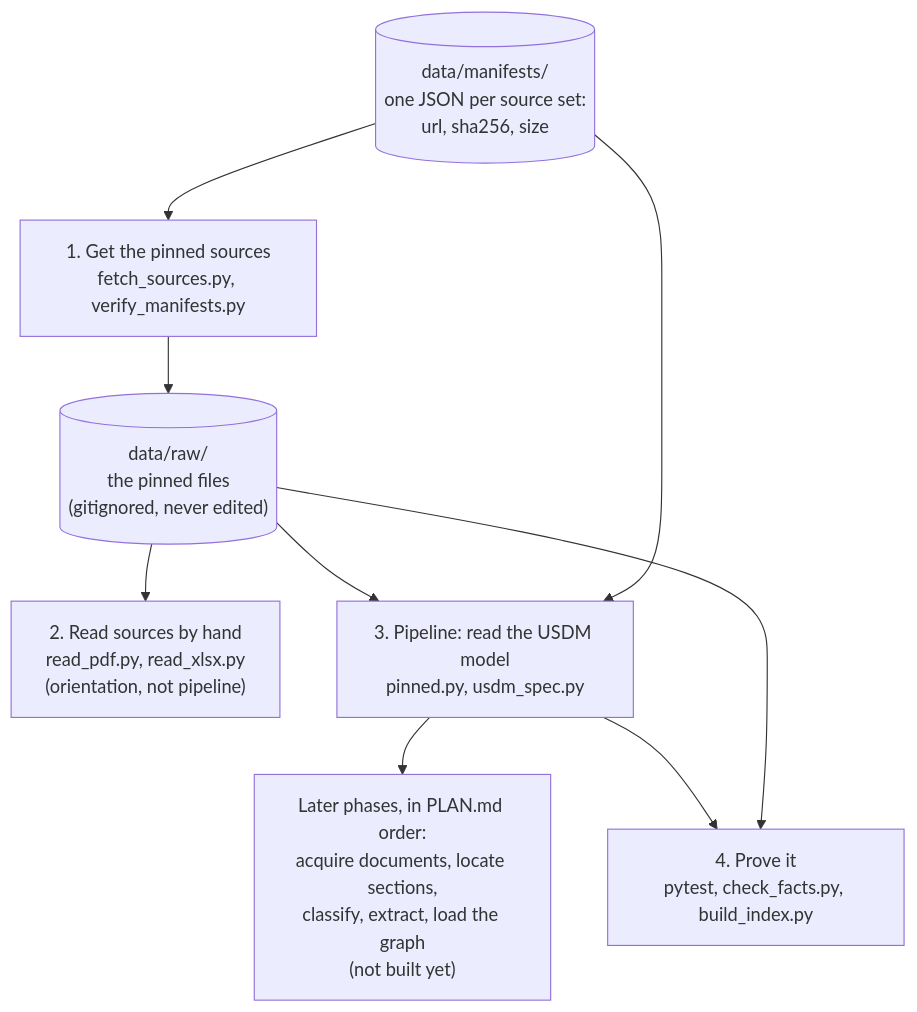
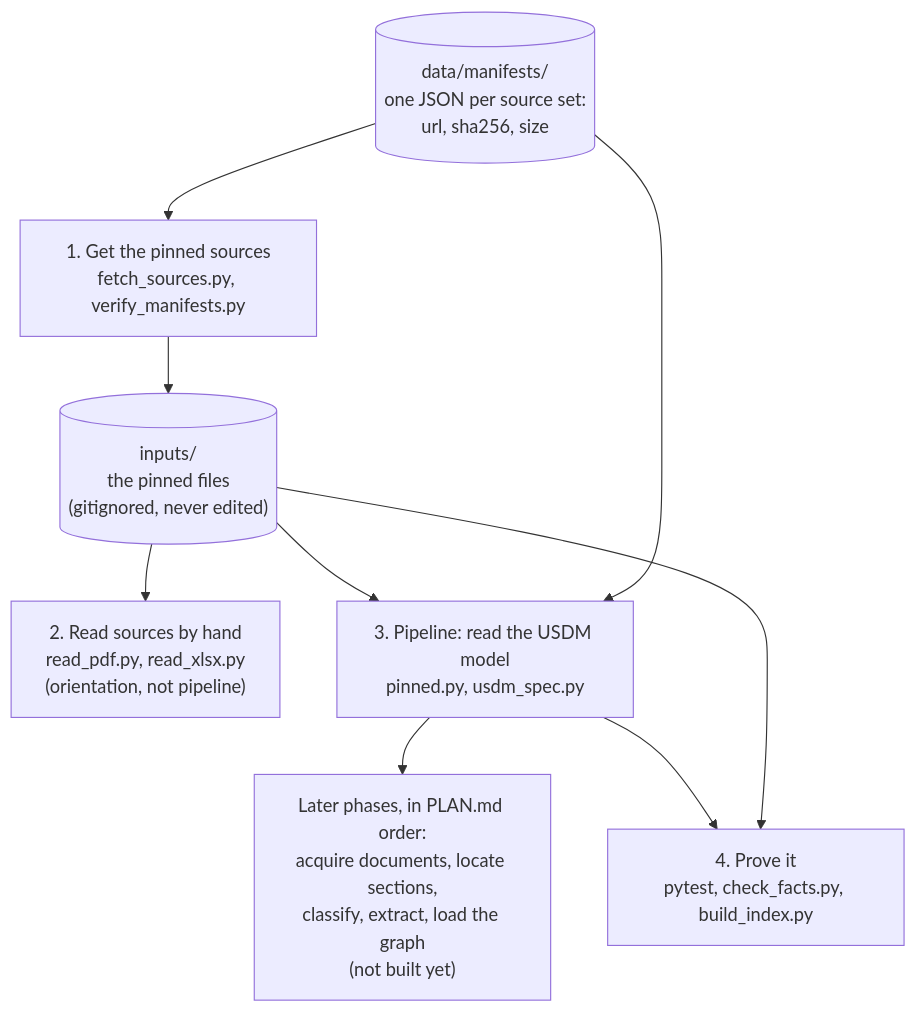
One commit to delos001/study-definition-graph changed the first of 4 diagrams in docs/workflow_map.md. Above: the diagram before and after it, drawn with Mermaid. The commit also changed other lines of this file and 42 other files, not shown here.

First line of the commit message:
git add -A git commit -m 'Everything pinned lives under inputs/; data/ holds only pipeline output

````diff
--- a/docs/workflow_map.md
+++ b/docs/workflow_map.md
@@ -7,20 +7,20 @@
 ```mermaid
 flowchart TD
     manifests[("data/manifests/<br/>one JSON per source set:<br/>url, sha256, size")]
-    raw[("data/raw/<br/>the pinned files<br/>(gitignored, never edited)")]
+    raw[("inputs/<br/>the pinned files<br/>(gitignored, never edited)")]
 
     step1["1. Get the pinned sources<br/>fetch_sources.py, verify_manifests.py"]
     step2["2. Read sources by hand<br/>read_pdf.py, read_xlsx.py<br/>(orientation, not pipeline)"]
     step3["3. Pipeline: read the USDM model<br/>pinned.py, usdm_spec.py"]
     later["Later phases, in PLAN.md order:<br/>acquire documents, locate sections,<br/>classify, extract, load the graph<br/>(not built yet)"]
     step4["4. Prove it<br/>pytest, check_facts.py, build_index.py"]
 
     manifests --> step1
     step1 --> raw
     raw --> step2
     raw --> step3
     manifests --> step3
     step3 --> later
     step3 --> step4
     raw --> step4
 ```
````
